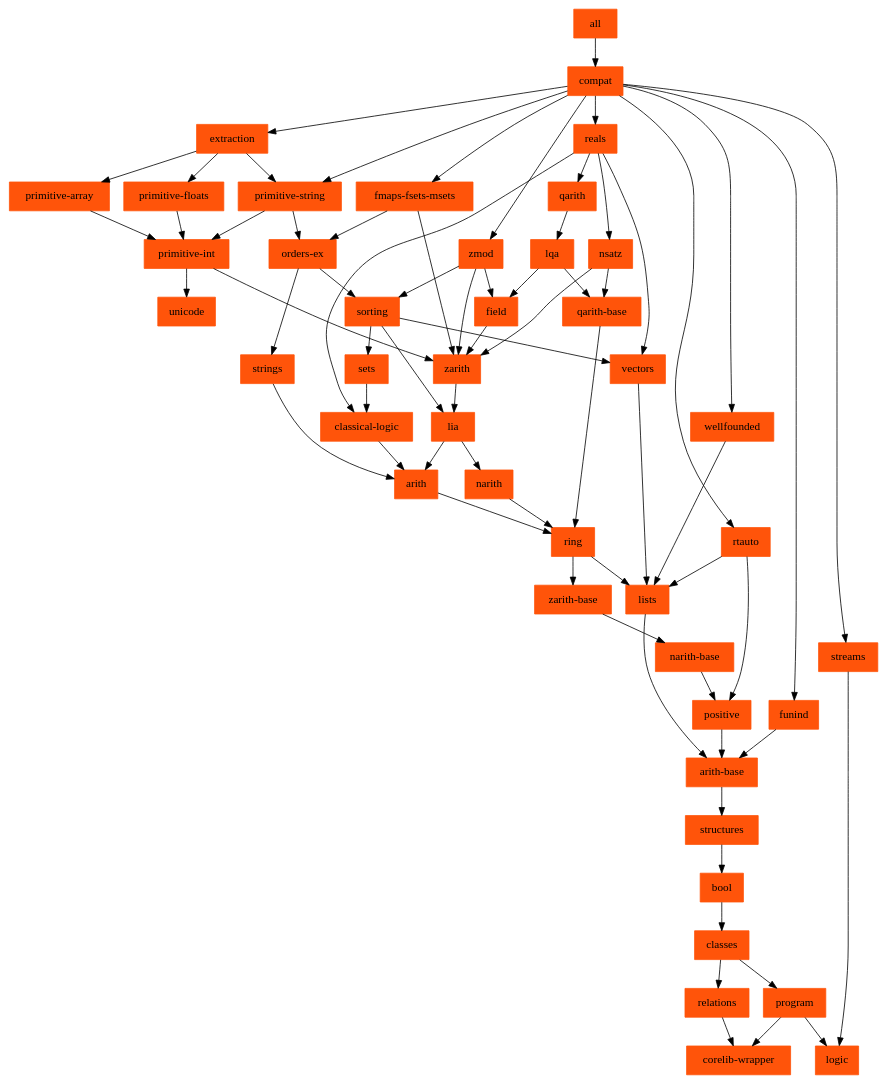
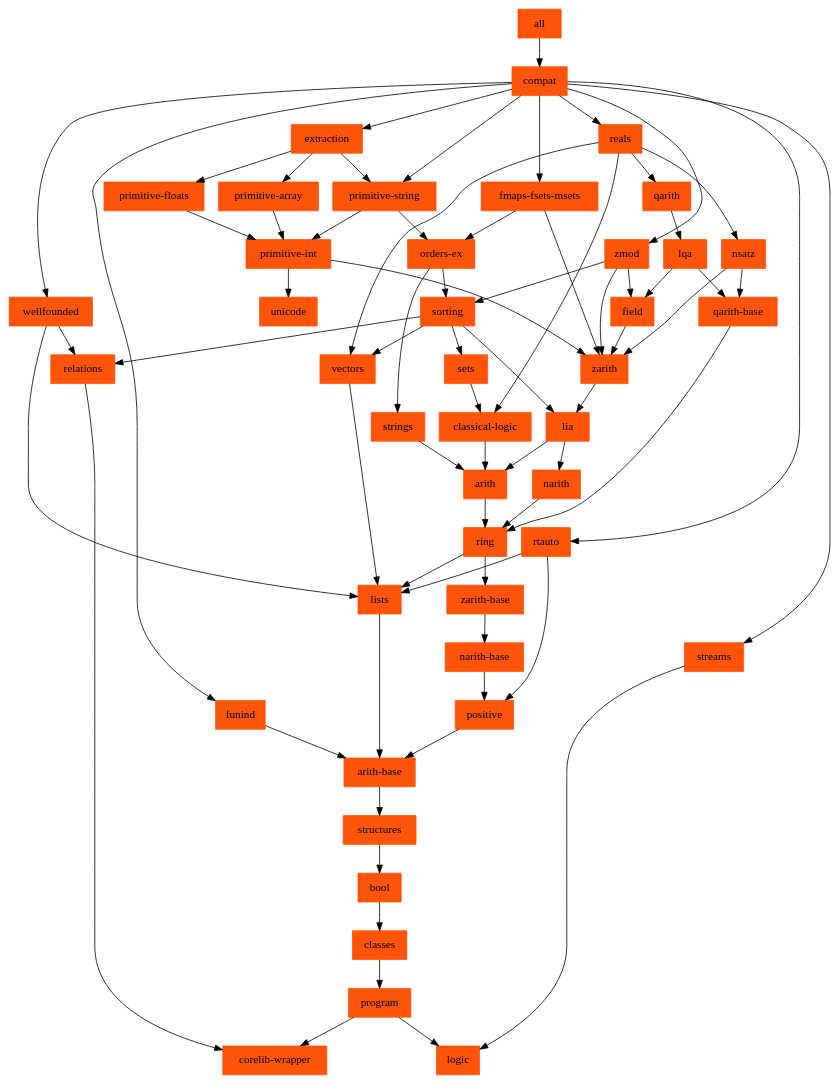
One commit to rocq-prover/stdlib changed the diagram in doc/stdlib/depends.dot. Above: the diagram before and after it, drawn with Graphviz. The commit also changed 3 other files, not shown here.

```diff
--- a/doc/stdlib/depends.dot
+++ b/doc/stdlib/depends.dot
@@ -1,78 +1,79 @@
 # this has been mostly automatically generated by dev/tools/make-depends.sh
 # when editing this, ensure to keep .nix/coq-overlays/stdlib-subcomponents
 # in sync
 digraph stdlib_deps {
 	node [color="#ff540a",
 		shape=rectangle,
 		style=filled
 		URL="#\N"
 	];
 	bool -> classes;
 	classes -> program;
-	classes -> relations;
+	wellfounded -> relations;
+	sorting -> relations;
 	program -> "corelib-wrapper";
 	program -> logic;
 	strings -> arith;
 	reals -> qarith;
 	reals -> vectors;
 	reals -> "classical-logic";
 	reals -> nsatz;
 	"arith-base" -> structures;
 	zarith -> lia;
 	zmod -> zarith;
 	zmod -> sorting;
 	zmod -> field;
 	qarith -> lqa;
 	positive -> "arith-base";
 	narith -> ring;
 	ring -> lists;
 	ring -> "zarith-base";
 	arith -> ring;
 	structures -> bool;
 	"narith-base" -> positive;
 	lists -> "arith-base";
 	"zarith-base" -> "narith-base";
 	"primitive-int" -> zarith;
 	"primitive-int" -> unicode;
 	lia -> narith;
 	lia -> arith;
 	"fmaps-fsets-msets" -> zarith;
 	"fmaps-fsets-msets" -> "orders-ex";
 	"orders-ex" -> strings;
 	"orders-ex" -> sorting;
 	sets -> "classical-logic";
 	sorting -> lia;
 	sorting -> sets;
 	sorting -> vectors;
 	"primitive-floats" -> "primitive-int";
 	wellfounded -> lists;
 	relations -> "corelib-wrapper";
 	"primitive-string" -> "primitive-int";
 	"primitive-string" -> "orders-ex";
 	vectors -> lists;
 	field -> zarith;
 	lqa -> field;
 	lqa -> "qarith-base";
 	"qarith-base" -> ring;
 	"classical-logic" -> arith;
 	nsatz -> zarith;
 	nsatz -> "qarith-base";
 	extraction -> "primitive-string";
 	extraction -> "primitive-floats";
 	extraction -> "primitive-array";
 	"primitive-array" -> "primitive-int";
 	streams -> logic;
 	funind -> "arith-base";
 	rtauto -> positive;
 	rtauto -> lists;
 	compat -> zmod;
 	compat -> reals;
 	compat -> "fmaps-fsets-msets";
 	compat -> wellfounded;
 	compat -> "primitive-string";
 	compat -> extraction;
 	compat -> streams;
 	compat -> funind;
 	compat -> rtauto;
         all -> compat
 }
```
